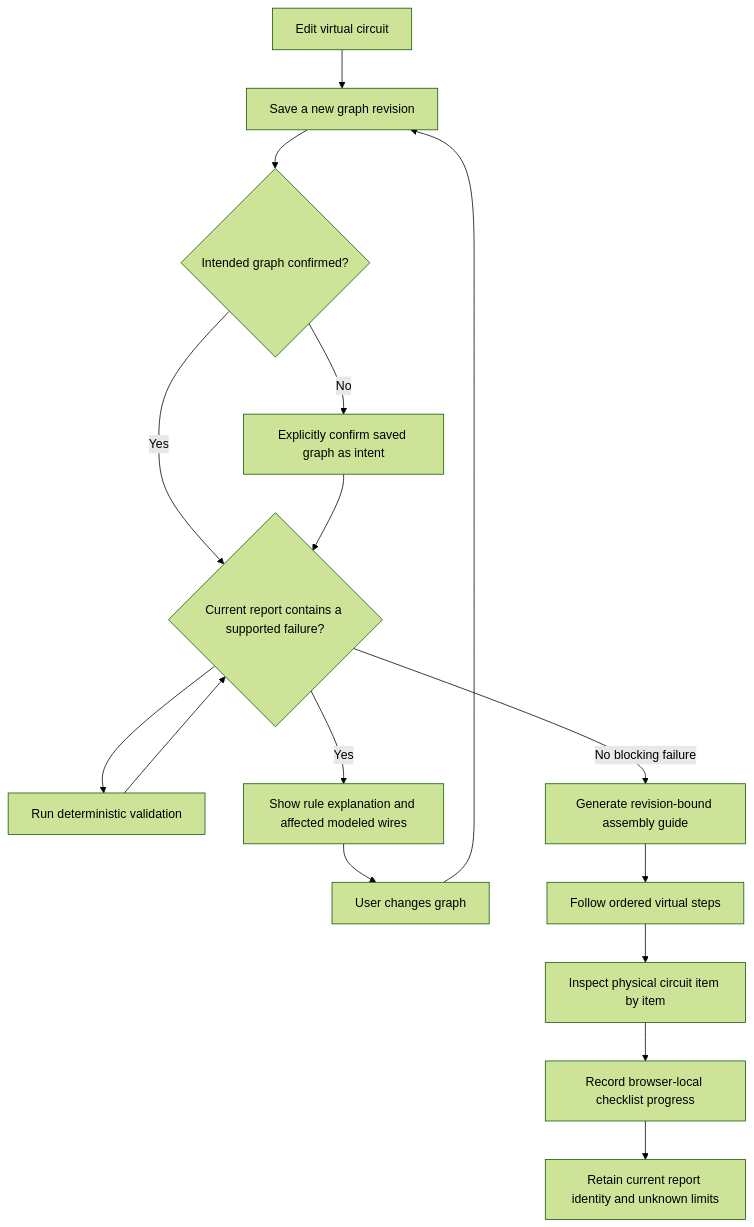
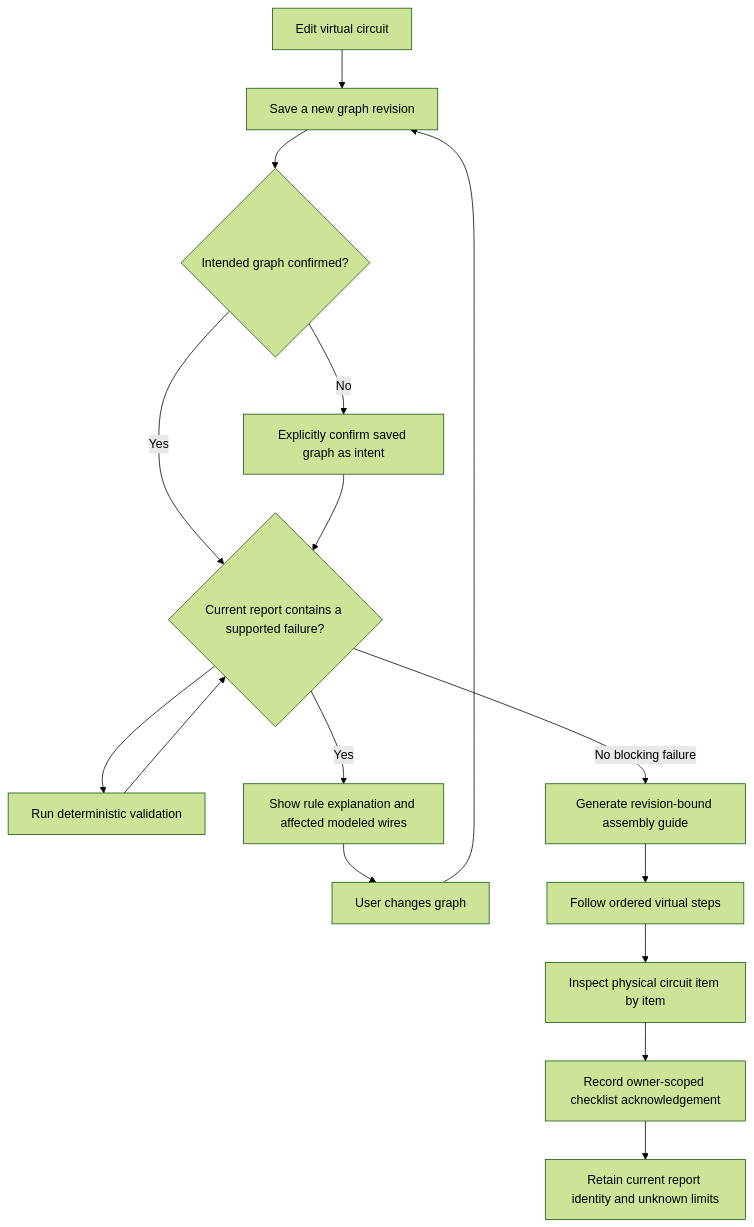
One commit to choksi2212/schemora-lab changed the diagram in docs/Phase-8-Implementation.md. Above: the diagram before and after it, drawn with Mermaid (forest theme). The commit also changed other lines of this file and 7 other files, not shown here.

````diff
--- a/docs/Phase-8-Implementation.md
+++ b/docs/Phase-8-Implementation.md
@@ -19,18 +19,18 @@
 ```mermaid
 flowchart TD
   A[Edit virtual circuit] --> B[Save a new graph revision]
   B --> T{Intended graph confirmed?}
   T -->|No| U[Explicitly confirm saved graph as intent]
   T -->|Yes| D[Compare saved virtual graphs]
   U --> D
   D --> C[Run deterministic validation]
   C --> D{Current report contains a supported failure?}
   D -->|Yes| E[Show rule explanation and affected modeled wires]
   E --> F[User changes graph]
   F --> B
   D -->|No blocking failure| G[Generate revision-bound assembly guide]
   G --> H[Follow ordered virtual steps]
   H --> I[Inspect physical circuit item by item]
-  I --> J[Record browser-local checklist progress]
+  I --> J[Record owner-scoped checklist acknowledgement]
   J --> K[Retain current report identity and unknown limits]
 ```
````
